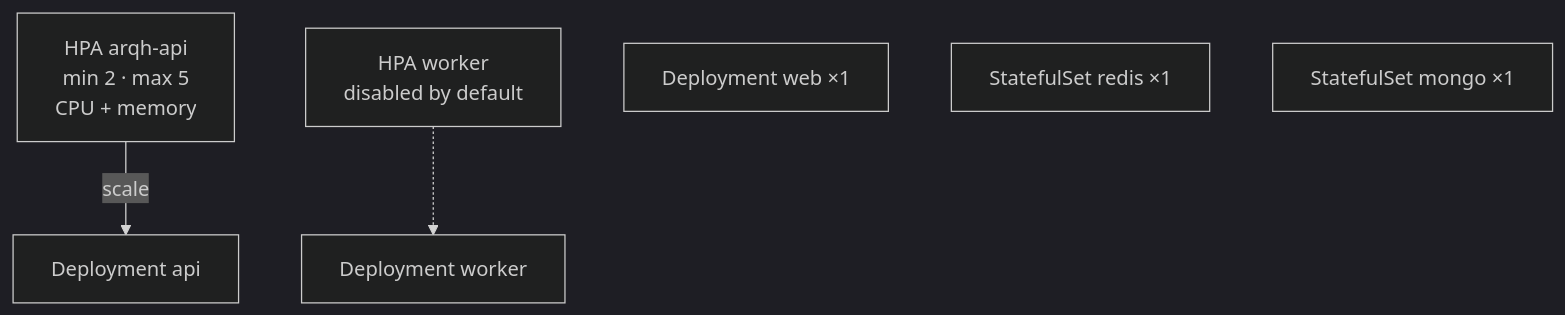
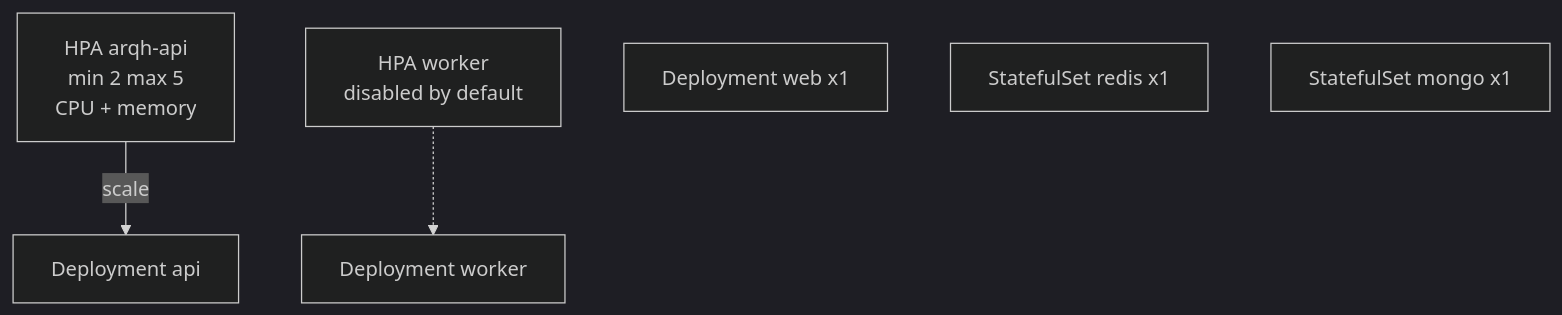
Before and after one commit to eqan/Scalable-Fleet-Dispatcher: the third of 12 diagrams in README.md, drawn with Mermaid (dark theme). The commit also changed other lines of this file, not shown here.

````diff
--- a/README.md
+++ b/README.md
@@ -381,9 +381,9 @@
 ```mermaid
 flowchart TB
-  HPA_A["HPA arqh-api<br/>min 2 · max 5<br/>CPU + memory"] -->|scale| API["Deployment api"]
+  HPA_A["HPA arqh-api<br/>min 2 max 5<br/>CPU + memory"] -->|scale| API["Deployment api"]
   HPA_W["HPA worker<br/>disabled by default"] -.-> WRK["Deployment worker"]
 
-  WEB["Deployment web ×1"]
-  REDIS["StatefulSet redis ×1"]
-  MONGO["StatefulSet mongo ×1"]
+  WEB["Deployment web x1"]
+  REDIS["StatefulSet redis x1"]
+  MONGO["StatefulSet mongo x1"]
 ```
````
